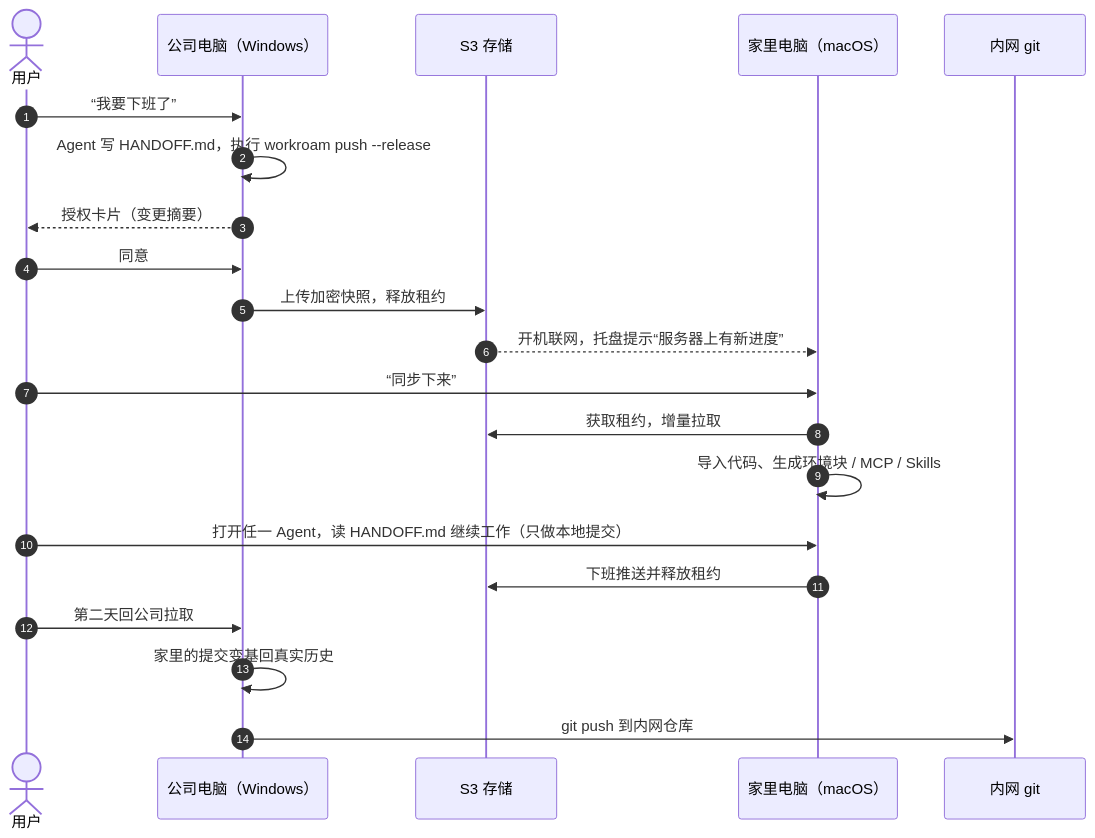
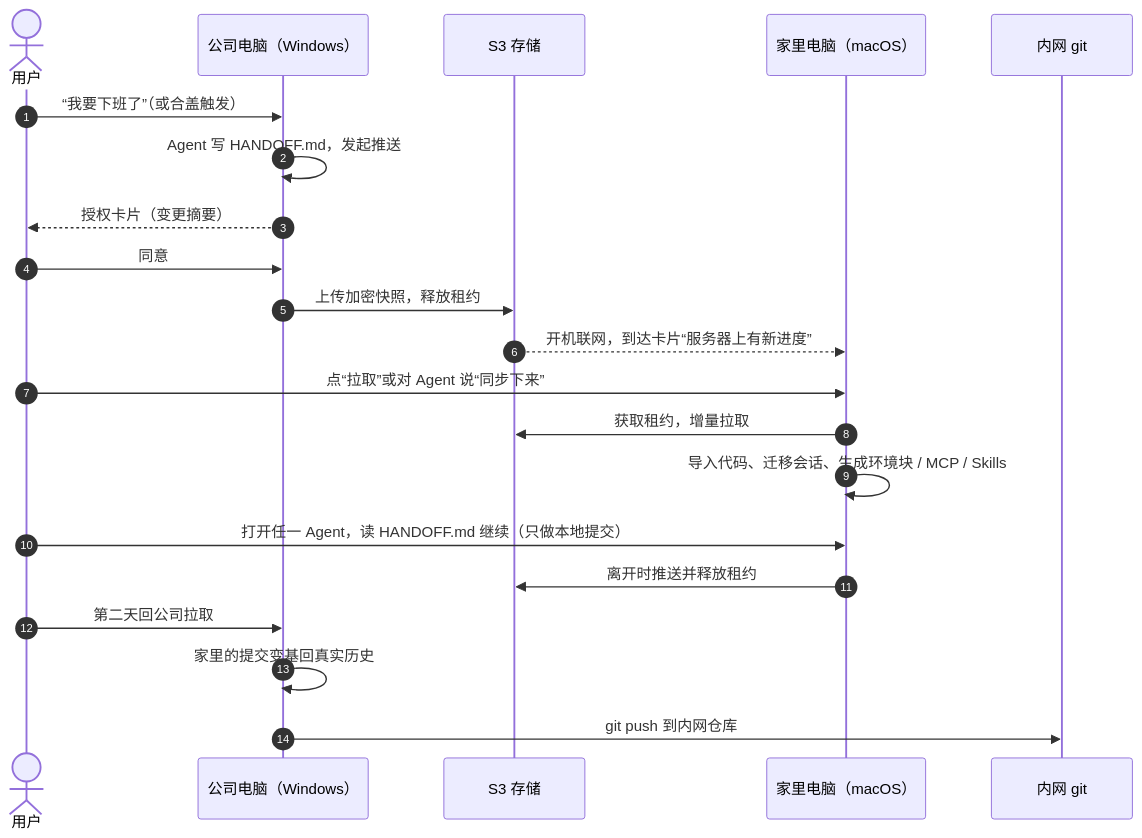
Before and after one commit to kverona-ai/workroam: the second of 2 diagrams in docs/prd.md, drawn with Mermaid. The commit also changed other lines of this file and 15 other files, not shown here.

First line of the commit message:
docs: first complete PRD and architecture targeting v0.3

````diff
--- a/docs/prd.md
+++ b/docs/prd.md
@@ -103,23 +186,23 @@
 ```mermaid
 sequenceDiagram
     autonumber
     actor U as 用户
     participant O as 公司电脑（Windows）
     participant S as S3 存储
     participant H as 家里电脑（macOS）
     participant G as 内网 git
-    U->>O: “我要下班了”
-    O->>O: Agent 写 HANDOFF.md，执行 workroam push --release
+    U->>O: “我要下班了”（或合盖触发）
+    O->>O: Agent 写 HANDOFF.md，发起推送
     O-->>U: 授权卡片（变更摘要）
     U->>O: 同意
     O->>S: 上传加密快照，释放租约
-    S-->>H: 开机联网，托盘提示“服务器上有新进度”
-    U->>H: “同步下来”
+    S-->>H: 开机联网，到达卡片“服务器上有新进度”
+    U->>H: 点“拉取”或对 Agent 说“同步下来”
     H->>S: 获取租约，增量拉取
-    H->>H: 导入代码、生成环境块 / MCP / Skills
-    U->>H: 打开任一 Agent，读 HANDOFF.md 继续工作（只做本地提交）
-    H->>S: 下班推送并释放租约
+    H->>H: 导入代码、迁移会话、生成环境块 / MCP / Skills
+    U->>H: 打开任一 Agent，读 HANDOFF.md 继续（只做本地提交）
+    H->>S: 离开时推送并释放租约
     U->>O: 第二天回公司拉取
     O->>O: 家里的提交变基回真实历史
     O->>G: git push 到内网仓库
 ```
````
